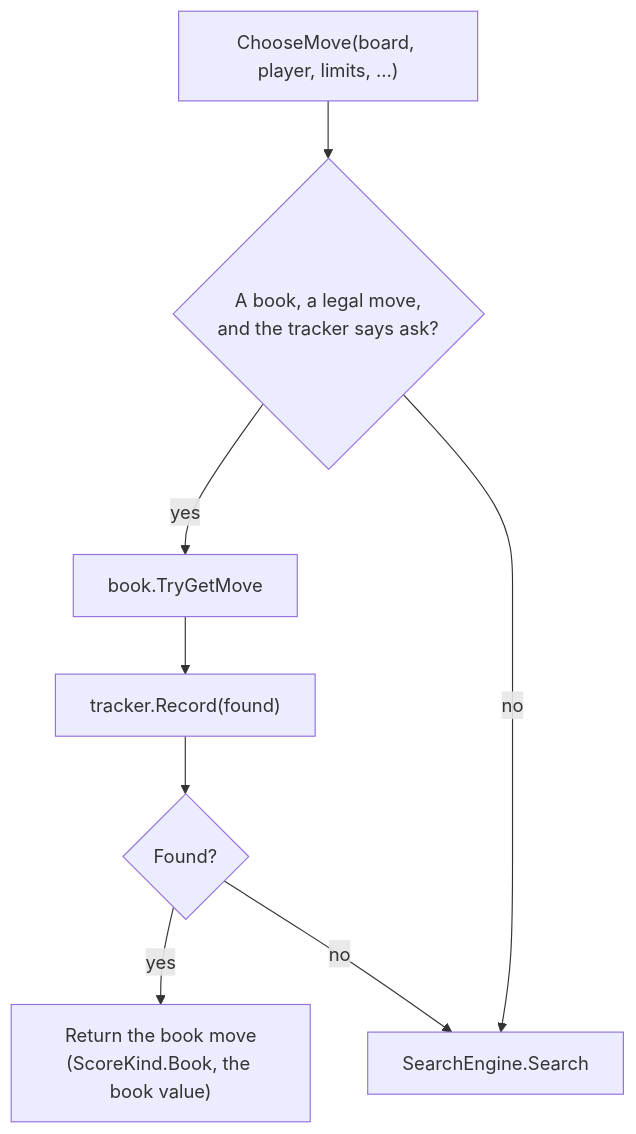
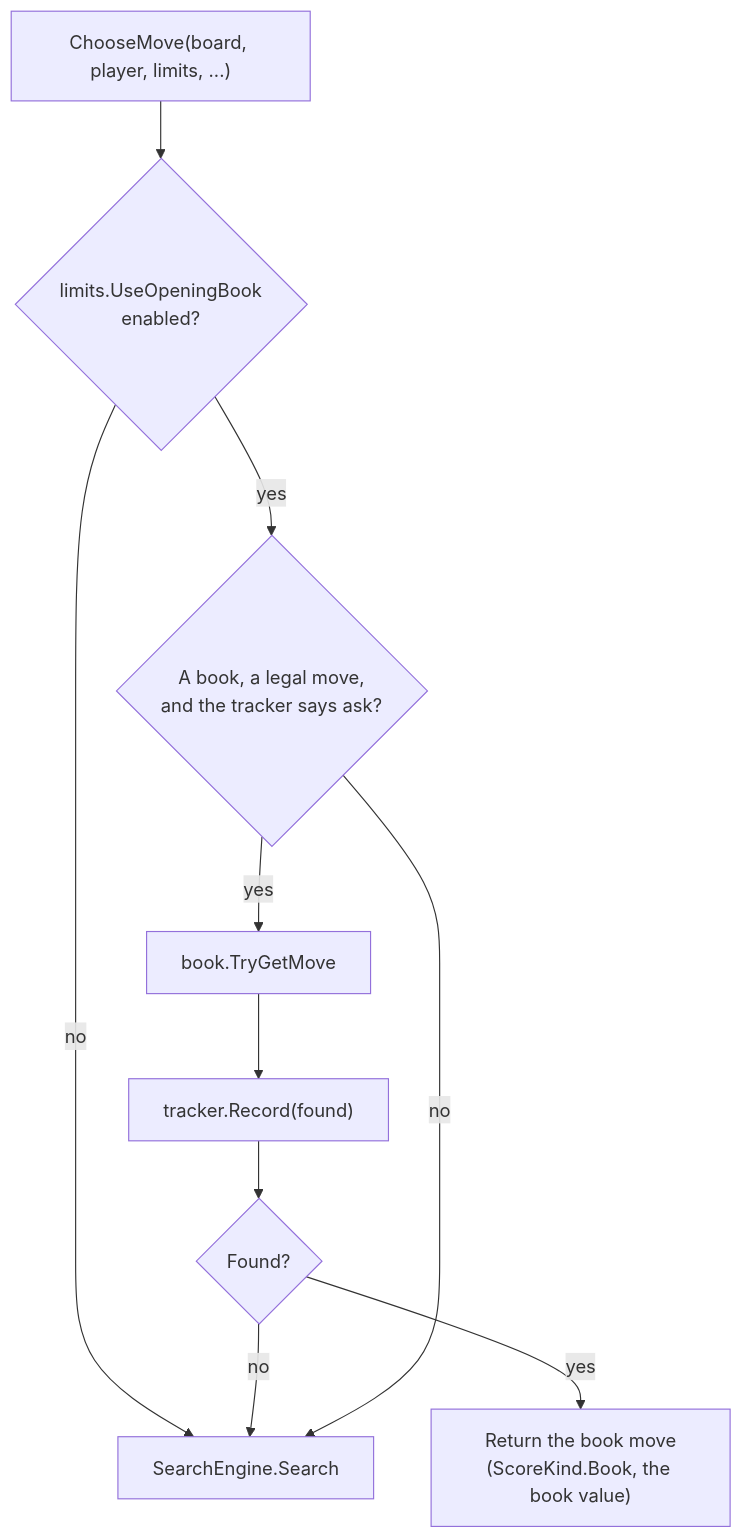
One commit to cjp-dev/Stello changed the third of 3 diagrams in docs/brain/10-opening-book.md. Above: the diagram before and after it, drawn with Mermaid. The commit also changed other lines of this file and 20 other files, not shown here.

````diff
--- a/docs/brain/10-opening-book.md
+++ b/docs/brain/10-opening-book.md
@@ -162,10 +162,12 @@
 ```mermaid
 flowchart TD
-    C["ChooseMove(board, player, limits, ...)"] --> Has{"A book, a legal move,<br/>and the tracker says ask?"}
+    C["ChooseMove(board, player, limits, ...)"] --> Enabled{"limits.UseOpeningBook<br/>enabled?"}
+    Enabled -- "no" --> Search["SearchEngine.Search"]
+    Enabled -- "yes" --> Has{"A book, a legal move,<br/>and the tracker says ask?"}
     Has -- "yes" --> Try["book.TryGetMove"]
     Try --> Rec["tracker.Record(found)"]
     Rec --> Found{"Found?"}
     Found -- "yes" --> Book["Return the book move<br/>(ScoreKind.Book, the book value)"]
     Found -- "no" --> Search
-    Has -- "no" --> Search["SearchEngine.Search"]
+    Has -- "no" --> Search
 ```
````
